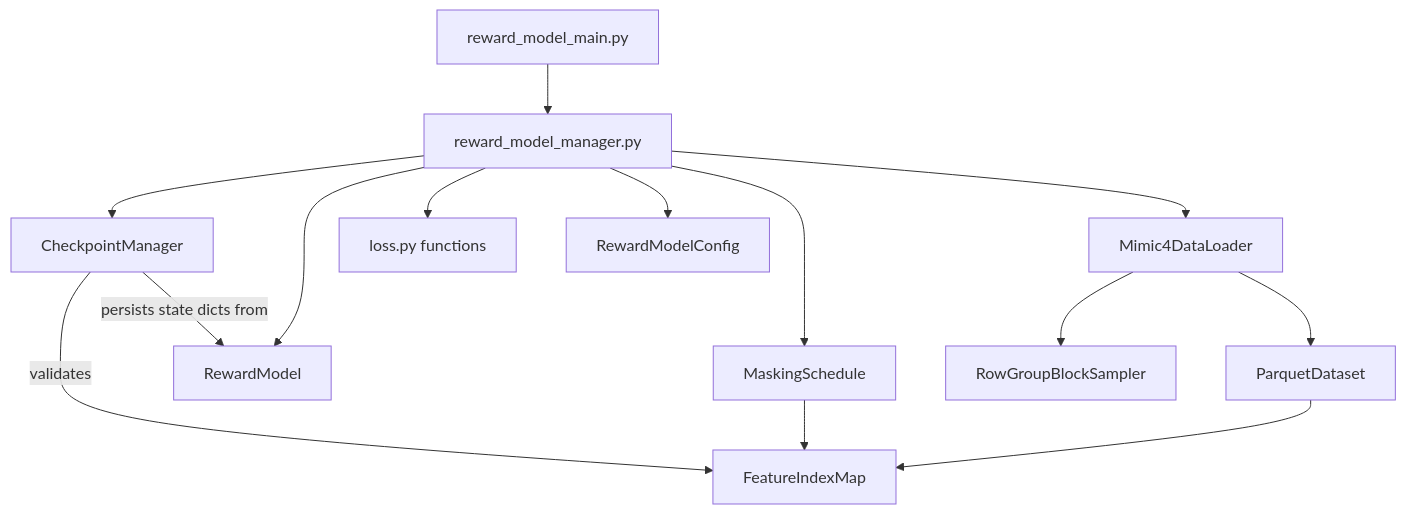
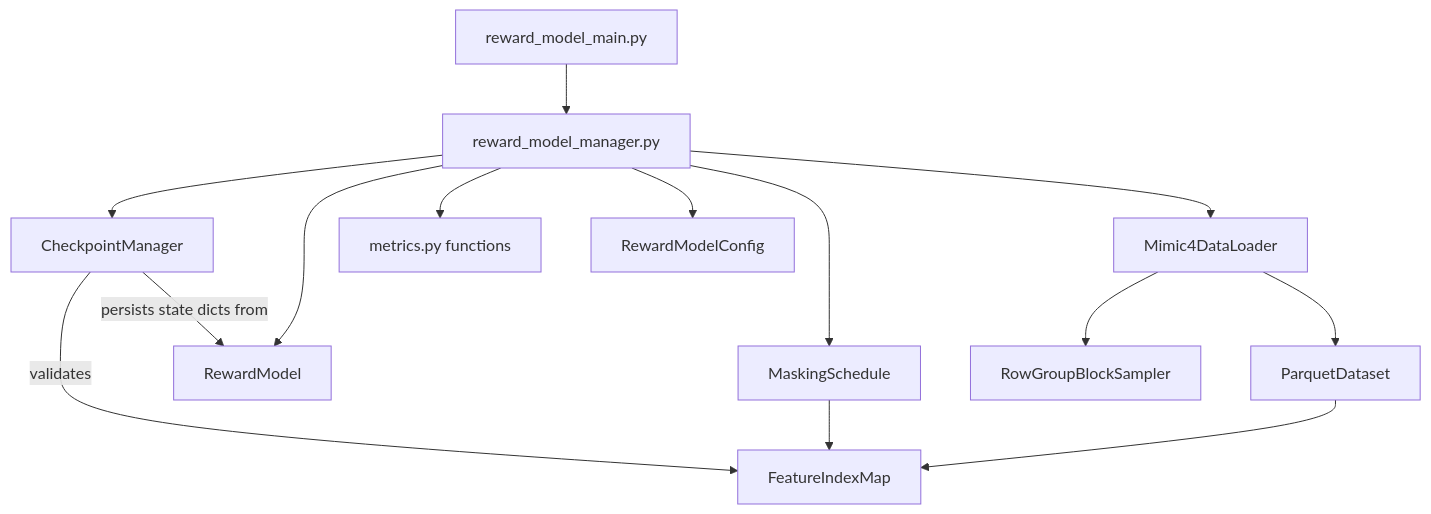
Before and after one commit to shaham-lab/HRS: the diagram in src/reward_model/Reward_Model_ARCHITECTURE.md, drawn with Mermaid. The commit also changed other lines of this file and 4 other files, not shown here.

First line of the commit message:
Refactor metrics helpers and loss handling

````diff
--- a/src/reward_model/Reward_Model_ARCHITECTURE.md
+++ b/src/reward_model/Reward_Model_ARCHITECTURE.md
@@ -161,16 +161,16 @@
 ```mermaid
 graph TD
   TrainMain[reward_model_main.py] --> RewardModelManager[reward_model_manager.py]
   RewardModelManager --> CheckpointManager
   RewardModelManager --> MaskingSchedule
   RewardModelManager --> RewardModel
   RewardModelManager --> Mimic4DataLoader
-  RewardModelManager --> LossFns[loss.py functions]
+  RewardModelManager --> Metrics[metrics.py functions]
   RewardModelManager --> RewardModelConfig
   Mimic4DataLoader --> ParquetDataset
   Mimic4DataLoader --> RowGroupBlockSampler
   ParquetDataset --> FeatureIndexMap
   MaskingSchedule --> FeatureIndexMap
   CheckpointManager -->|validates| FeatureIndexMap
   CheckpointManager -->|persists state dicts from| RewardModel
 ```
````
